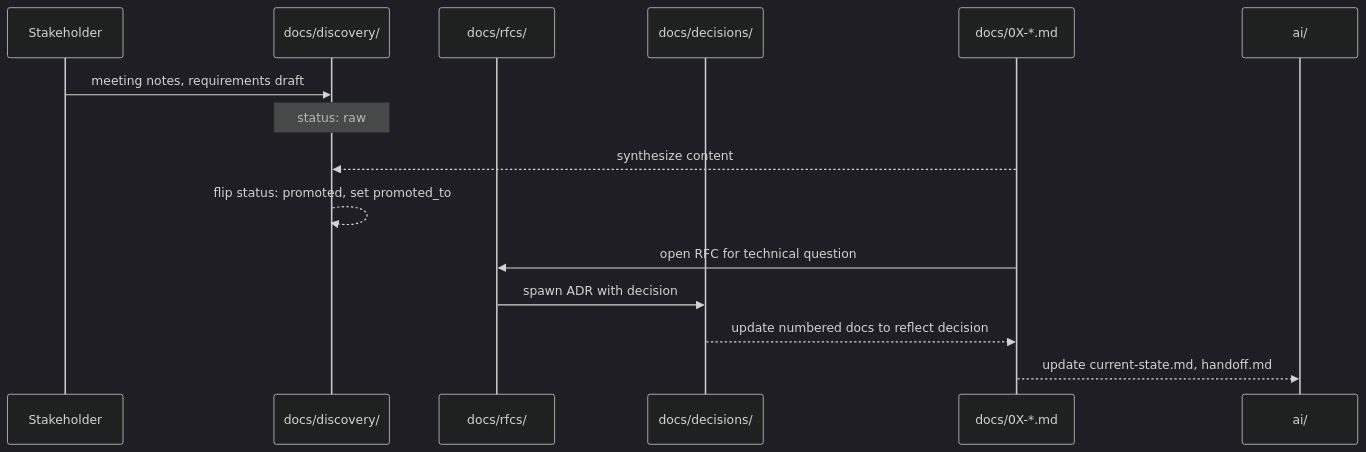
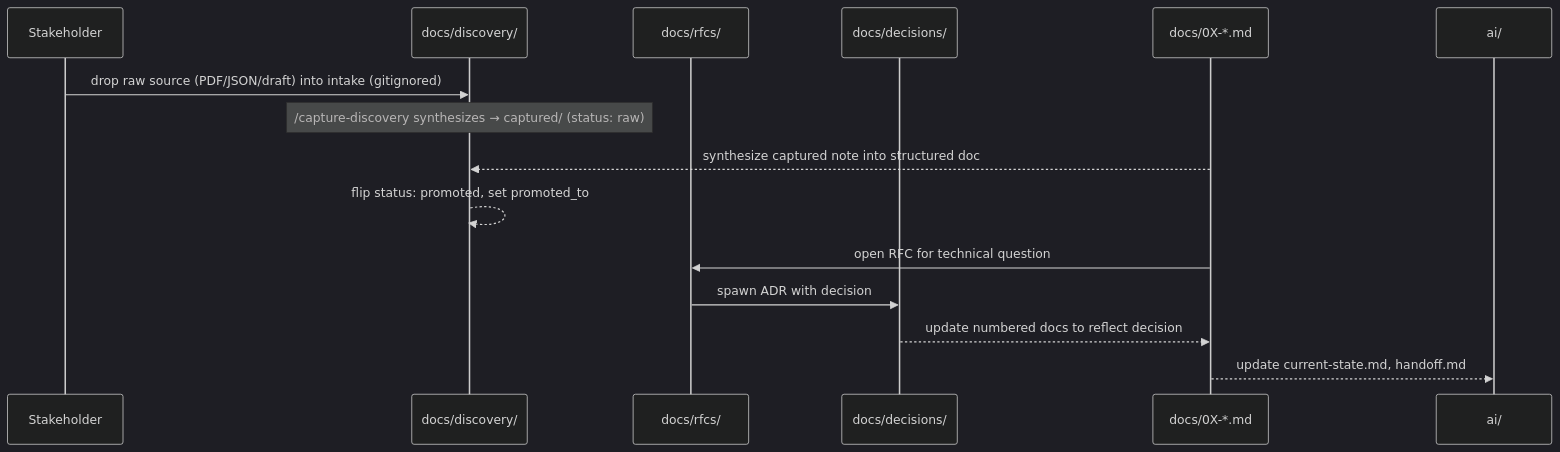
One commit to swanson-dev/Repo-Standards-Kit changed the second of 2 diagrams in docs/02-architecture.md. Above: the diagram before and after it, drawn with Mermaid (dark theme). The commit also changed other lines of this file and 9 other files, not shown here.

First line of the commit message:
docs(discovery): document capture lifecycle across the corpus

````diff
--- a/docs/02-architecture.md
+++ b/docs/02-architecture.md
@@ -66,18 +66,18 @@
 ```mermaid
 sequenceDiagram
   participant SH as Stakeholder
   participant Disc as docs/discovery/
   participant RFC as docs/rfcs/
   participant ADR as docs/decisions/
   participant Doc as docs/0X-*.md
   participant AI as ai/
 
-  SH->>Disc: meeting notes, requirements draft
-  Note over Disc: status: raw
-  Doc-->>Disc: synthesize content
+  SH->>Disc: drop raw source (PDF/JSON/draft) into intake (gitignored)
+  Note over Disc: /capture-discovery synthesizes → captured/ (status: raw)
+  Doc-->>Disc: synthesize captured note into structured doc
   Disc-->>Disc: flip status: promoted, set promoted_to
   Doc->>RFC: open RFC for technical question
   RFC->>ADR: spawn ADR with decision
   ADR-->>Doc: update numbered docs to reflect decision
   Doc-->>AI: update current-state.md, handoff.md
 ```
````
